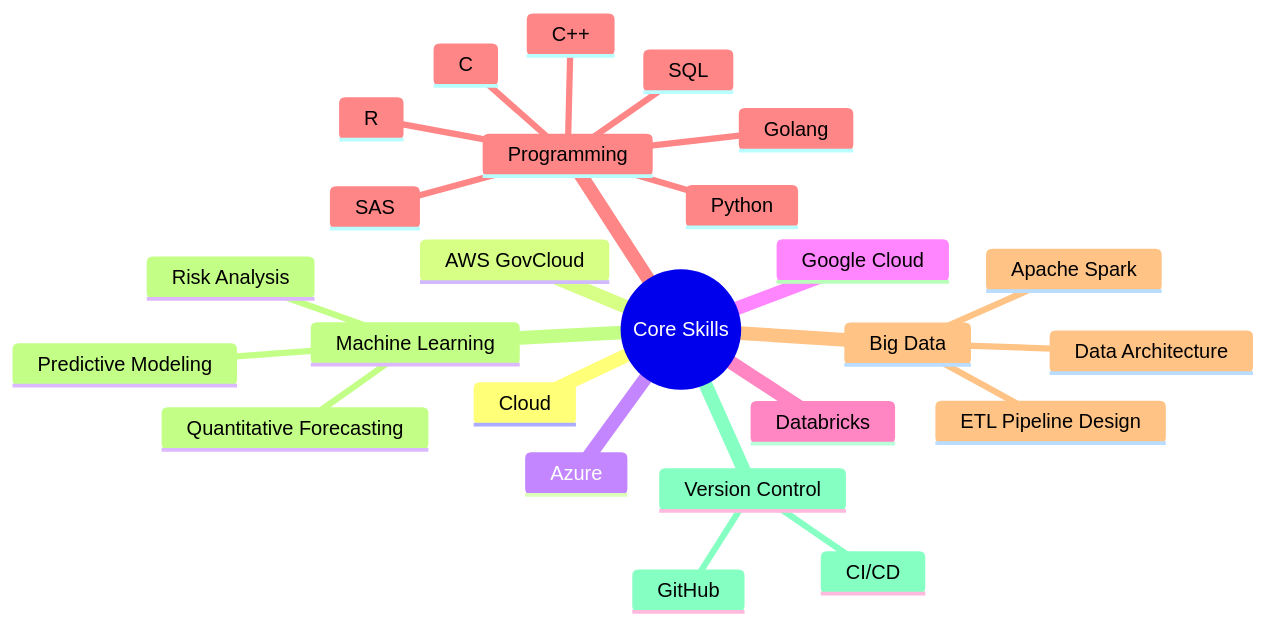
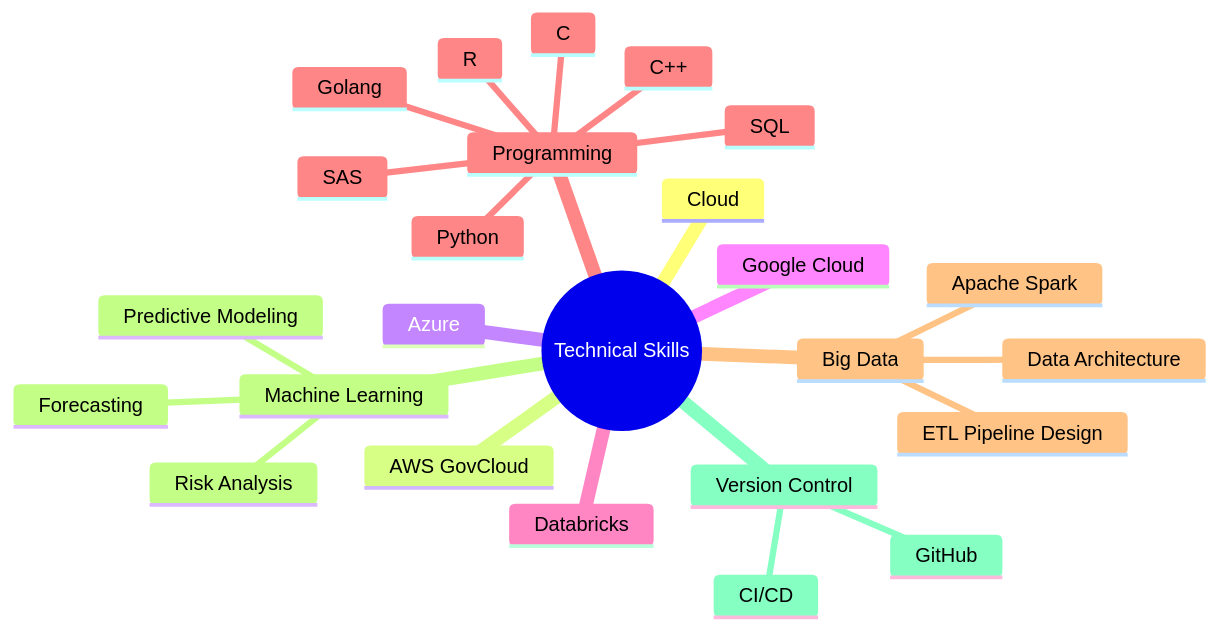
One commit to MatthewK84/MatthewK84 changed the diagram in README.md. Above: the diagram before and after it, drawn with Mermaid.

````diff
--- a/README.md
+++ b/README.md
@@ -22,28 +22,28 @@
 ```mermaid
 mindmap
-  root((Core Skills))
+  root((Technical Skills))
       Cloud
       AWS GovCloud
       Azure
       Google Cloud
       Databricks
     Programming
       Python
       C
       Golang
       C++
       R
       SQL
       SAS
     Big Data
       Apache Spark
       Data Architecture
       ETL Pipeline Design
     Machine Learning
       Predictive Modeling
       Risk Analysis
-      Quantitative Forecasting
+      Forecasting
     Version Control
       GitHub
       CI/CD
 ```
````
